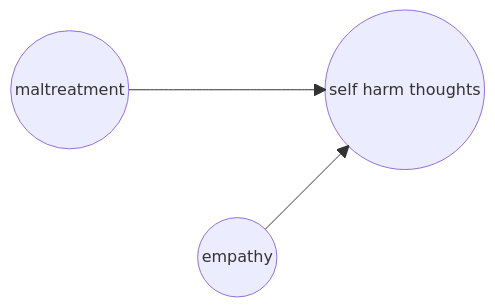
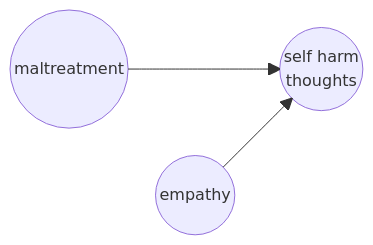
The diagram in empathy/README.md (agrogan1/closeread), drawn with Mermaid before and after one commit.

````diff
--- a/empathy/README.md
+++ b/empathy/README.md
@@ -12,10 +12,10 @@
 ```mermaid
 block
   columns 3
   m space sh
   space   e   space
 
-m(("maltreatment")) --> sh(("self harm thoughts"))
+m(("maltreatment")) --> sh(("self harm <br>thoughts"))
 
 e(("empathy")) --> sh
 ```
````
